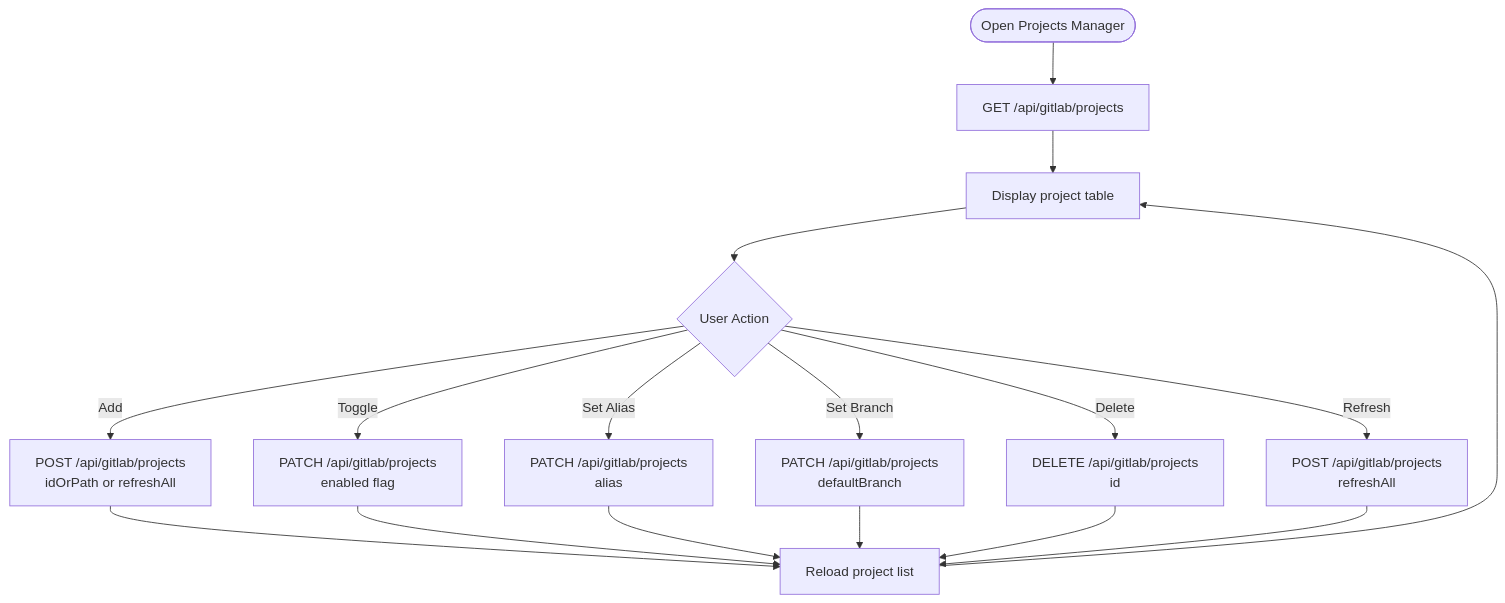
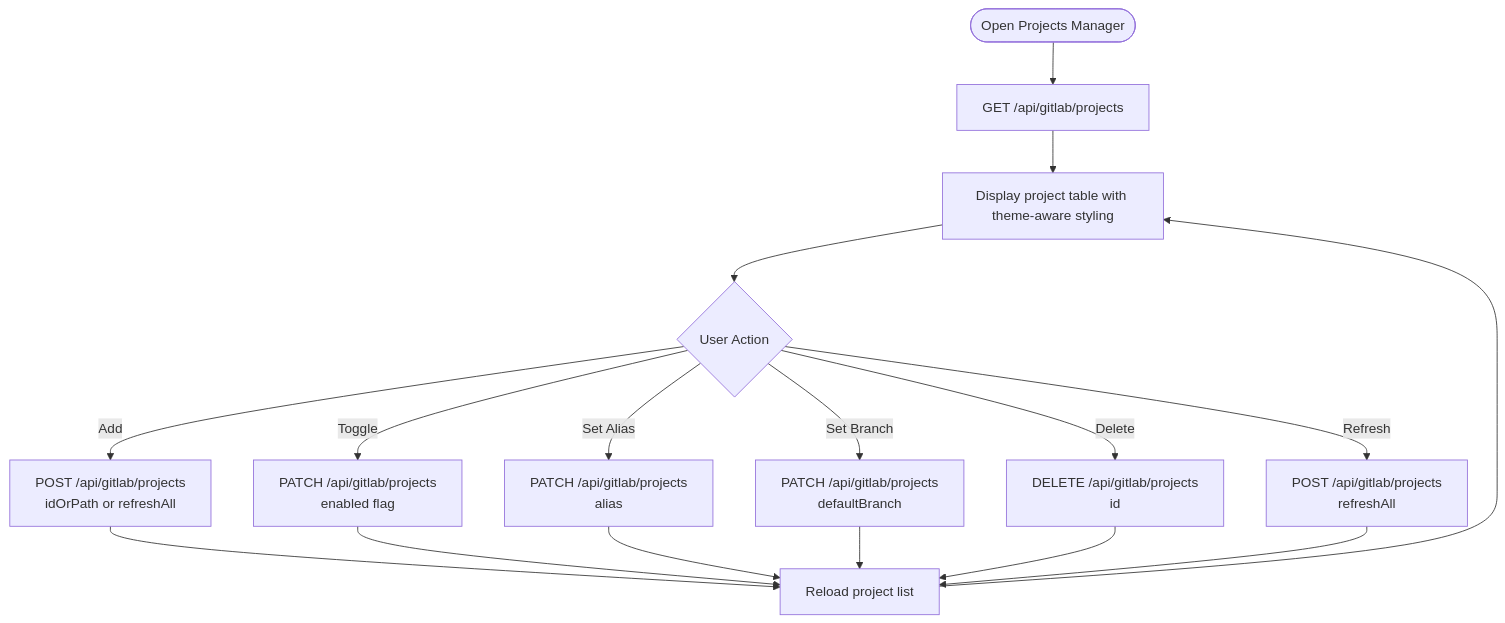
Before and after one commit to jrj444/git-daily: the fifth of 13 diagrams in .qoder/repowiki/en/content/Frontend Components/Frontend Components.md, drawn with Mermaid. The commit also changed other lines of this file and 4 other files, not shown here.

````diff
--- a/.qoder/repowiki/en/content/Frontend Components/Frontend Components.md
+++ b/.qoder/repowiki/en/content/Frontend Components/Frontend Components.md
@@ -328,19 +368,19 @@
 ```mermaid
 flowchart TD
 Start(["Open Projects Manager"]) --> Load["GET /api/gitlab/projects"]
-Load --> Display["Display project table"]
+Load --> Display["Display project table with theme-aware styling"]
 Display --> Action{"User Action"}
 Action --> |Add| AddProject["POST /api/gitlab/projects<br/>idOrPath or refreshAll"]
 Action --> |Toggle| ToggleProject["PATCH /api/gitlab/projects<br/>enabled flag"]
 Action --> |Set Alias| SetAlias["PATCH /api/gitlab/projects<br/>alias"]
 Action --> |Set Branch| SetBranch["PATCH /api/gitlab/projects<br/>defaultBranch"]
 Action --> |Delete| DeleteProject["DELETE /api/gitlab/projects<br/>id"]
 Action --> |Refresh| Refresh["POST /api/gitlab/projects<br/>refreshAll"]
 AddProject --> Reload["Reload project list"]
 ToggleProject --> Reload
 SetAlias --> Reload
 SetBranch --> Reload
 DeleteProject --> Reload
 Refresh --> Reload
 Reload --> Display
 ```
````
